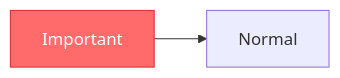
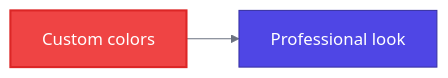
Before and after one commit to WISeAgent/blogs: the seventh of 14 diagrams in docs/TechSavvy/mermaid-language-guide.md, drawn with Mermaid. The commit also changed other lines of this file and 8 other files, not shown here.

Commit message:
enable mermaid support

````diff
--- a/docs/TechSavvy/mermaid-language-guide.md
+++ b/docs/TechSavvy/mermaid-language-guide.md
@@ -85,6 +121,7 @@
 ```mermaid
+%%{init: {'theme':'base', 'themeVariables': {'primaryColor': '#4f46e5', 'primaryTextColor': '#fff', 'primaryBorderColor': '#3730a3', 'lineColor': '#6b7280'}}}%%
 flowchart LR
-    A[Important] --> B[Normal]
-    classDef critical fill:#ff6b6b,stroke:#d63031,color:#fff
-    class A critical
+    A[Custom colors] --> B[Professional look]
+    classDef highlight fill:#ef4444,stroke:#dc2626,stroke-width:2px,color:#fff
+    class A highlight
 ```
````
